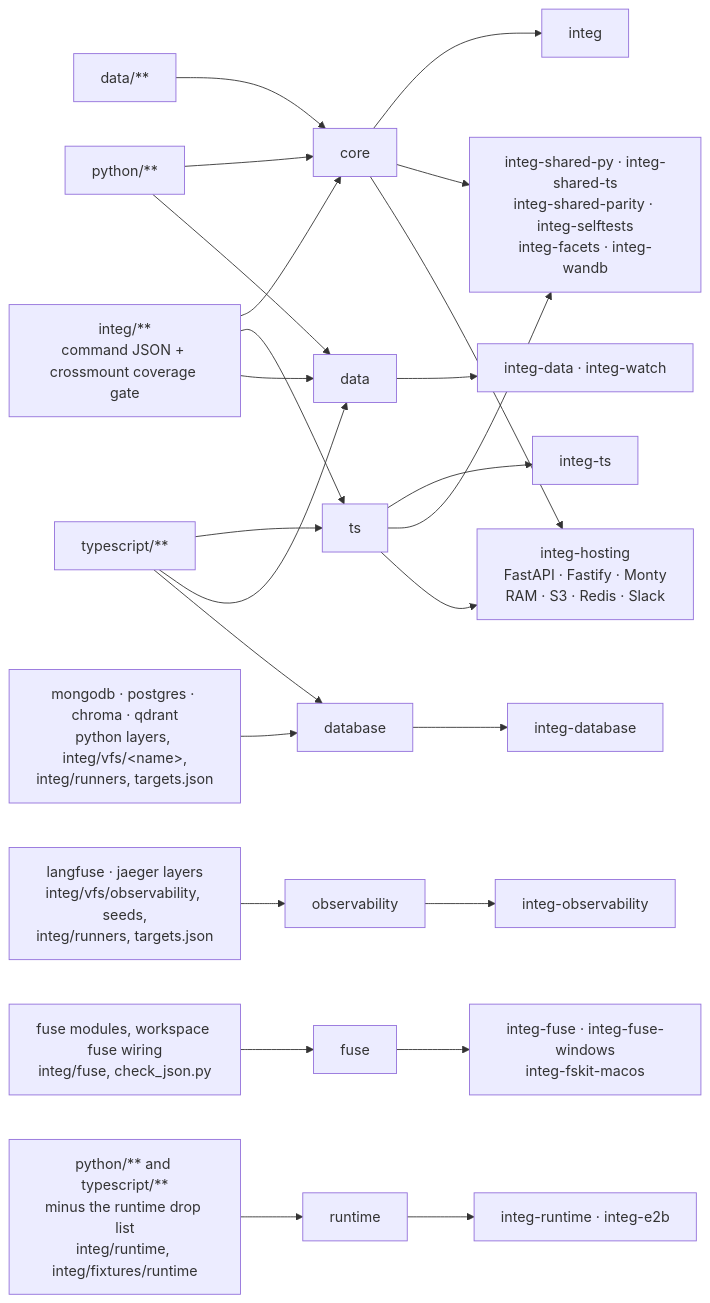
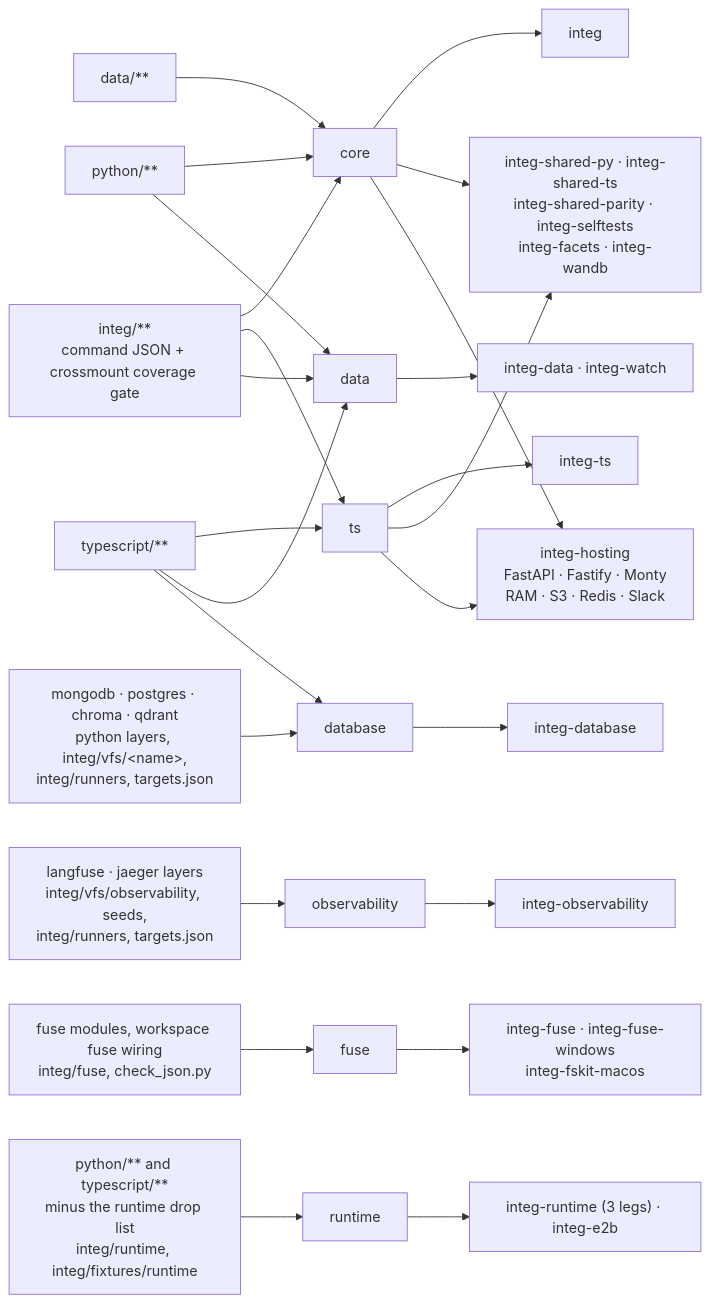
Before and after one commit to strukto-ai/mirage: the diagram in integ/README.md, drawn with Mermaid. The commit also changed 6 other files, not shown here.

````diff
--- a/integ/README.md
+++ b/integ/README.md
@@ -145,20 +145,20 @@
 ```mermaid
 flowchart LR
     PY["python/**"] --> core & data
     TSX["typescript/**"] --> ts & data & database
     IN["integ/**<br/>command JSON + crossmount coverage gate"] --> core & ts & data
     D["data/**"] --> core
     DB["mongodb · postgres · chroma · qdrant<br/>python layers, integ/vfs/&lt;name&gt;,<br/>integ/runners, targets.json"] --> database
     OB["langfuse · jaeger layers<br/>integ/vfs/observability, seeds,<br/>integ/runners, targets.json"] --> observability
     FS["fuse modules, workspace fuse wiring<br/>integ/fuse, check_json.py"] --> fuse
     RT["python/** and typescript/**<br/>minus the runtime drop list<br/>integ/runtime, integ/fixtures/runtime"] --> runtime
     core --> J1["integ"]
     ts --> J2["integ-ts"]
     core & ts --> J3["integ-shared-py · integ-shared-ts<br/>integ-shared-parity · integ-selftests<br/>integ-facets · integ-wandb"]
     core & ts --> HOST["integ-hosting<br/>FastAPI · Fastify · Monty<br/>RAM · S3 · Redis · Slack"]
     data --> J4["integ-data · integ-watch"]
     database --> J5["integ-database"]
     observability --> J6["integ-observability"]
     fuse --> J7["integ-fuse · integ-fuse-windows<br/>integ-fskit-macos"]
-    runtime --> J8["integ-runtime · integ-e2b"]
+    runtime --> J8["integ-runtime (3 legs) · integ-e2b"]
 ```
````
